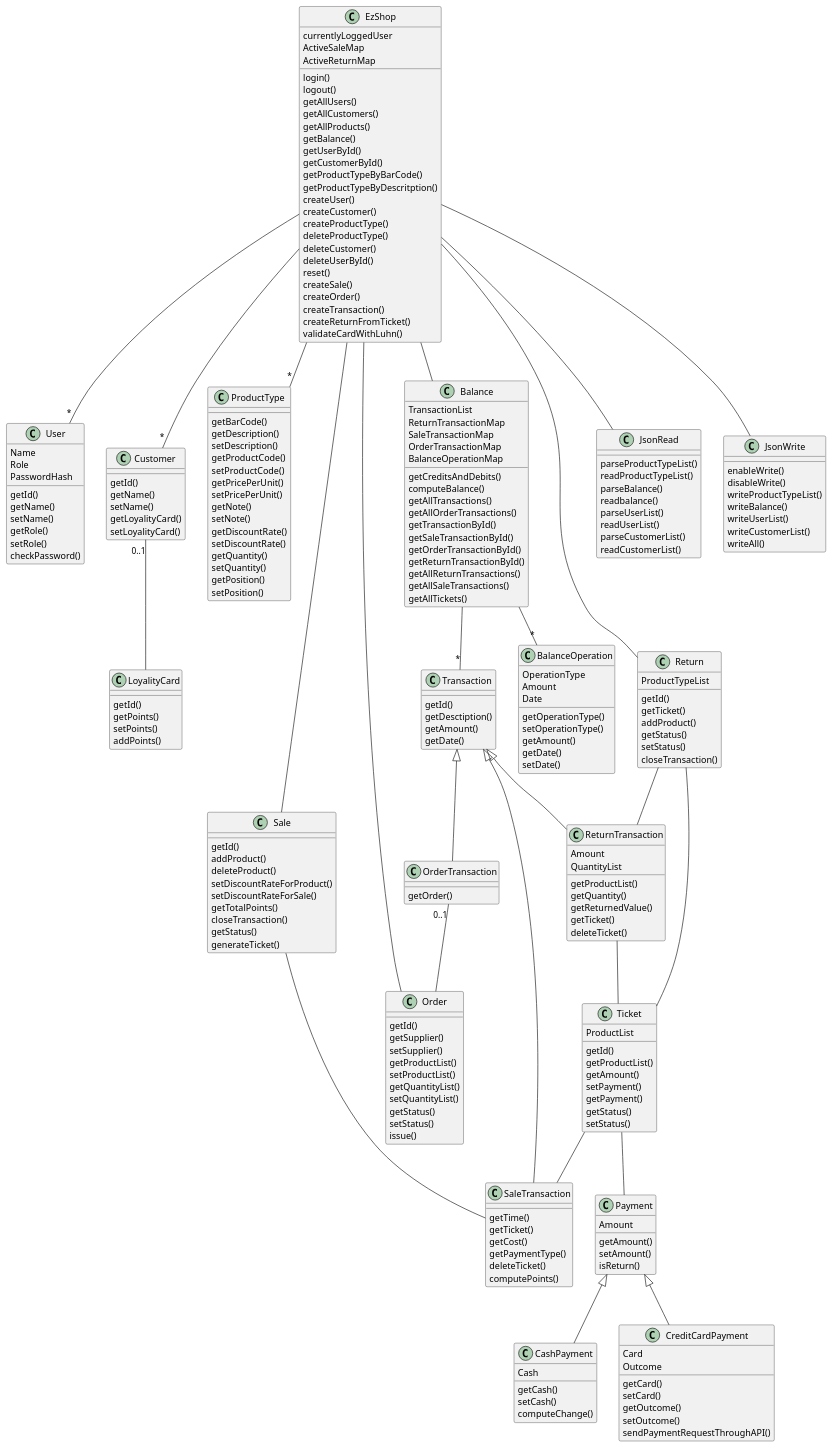
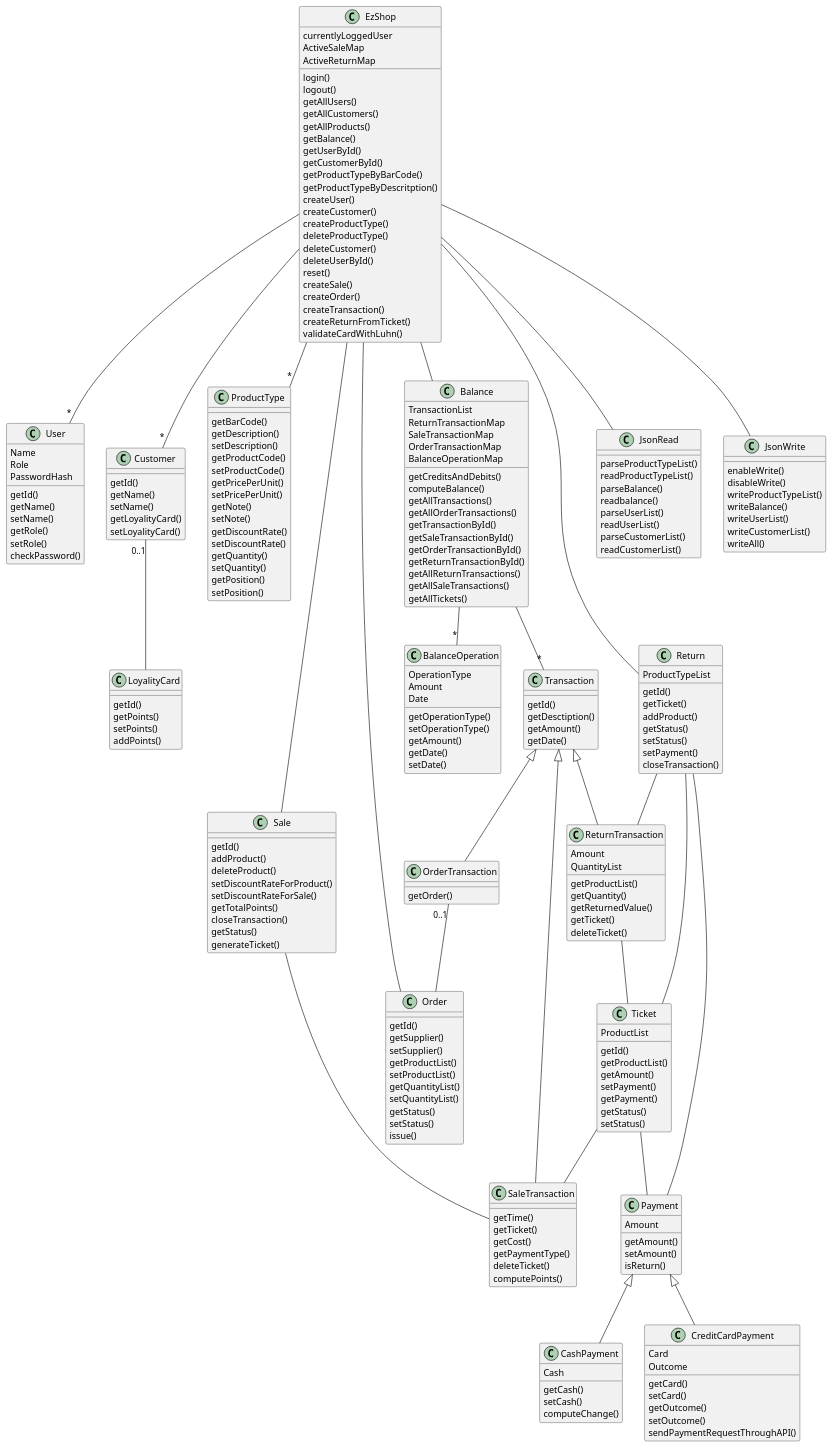
One commit to paolotron/EzshoProject31 changed the second of 4 diagrams in Deliverables/DesignDocument.md. Above: the diagram before and after it, drawn with PlantUML.

````diff
--- a/Deliverables/DesignDocument.md
+++ b/Deliverables/DesignDocument.md
@@ -212,6 +212,7 @@
     addProduct()
     getStatus()
     setStatus()
+    setPayment()
     closeTransaction()
 }
 class Balance{
@@ -288,6 +289,6 @@
 EzShop -- JsonRead
 EzShop -- JsonWrite
 Return -- Ticket
-
+Return -- Payment
 
 ```
````
